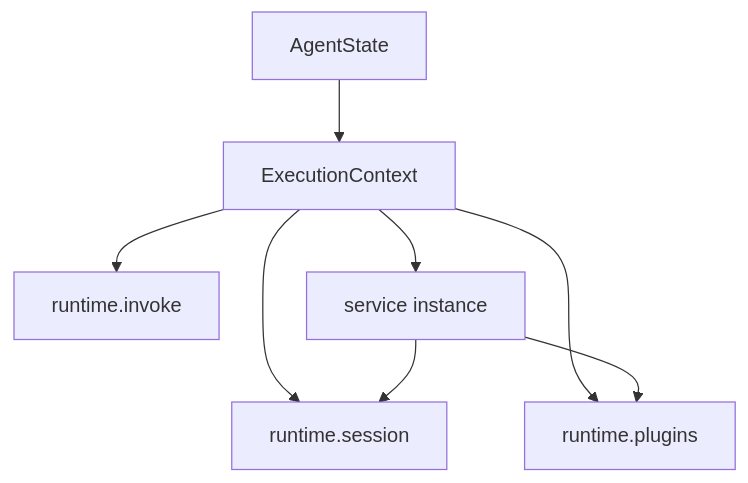
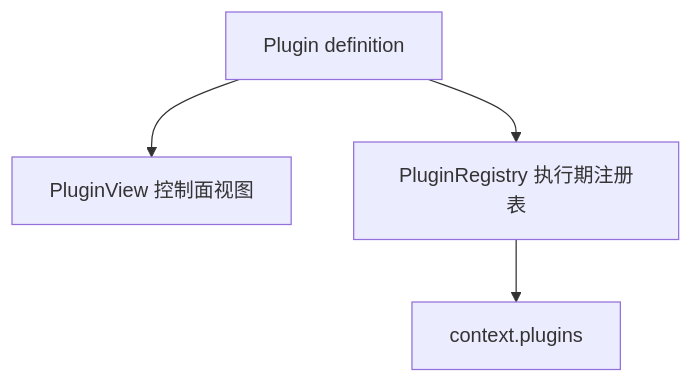
The fifth of 7 diagrams in devdocs/service-and-plugin.md (wangenius/downcity), drawn with Mermaid before and after one commit. The commit also changed other lines of this file and 96 other files, not shown here.

````diff
--- a/devdocs/service-and-plugin.md
+++ b/devdocs/service-and-plugin.md
@@ -302,10 +215,6 @@
 ```mermaid
 flowchart TD
-  AGENT["AgentState"] --> CTX["ExecutionContext"]
-  CTX --> SESSION["runtime.session"]
-  CTX --> INVOKE["runtime.invoke"]
-  CTX --> PLUGINS["runtime.plugins"]
-  CTX --> SERVICE["service instance"]
-  SERVICE --> PLUGINS
-  SERVICE --> SESSION
+  P["Plugin definition"] --> V["PluginView 控制面视图"]
+  P --> REG["PluginRegistry 执行期注册表"]
+  REG --> PORT["context.plugins"]
 ```
````
